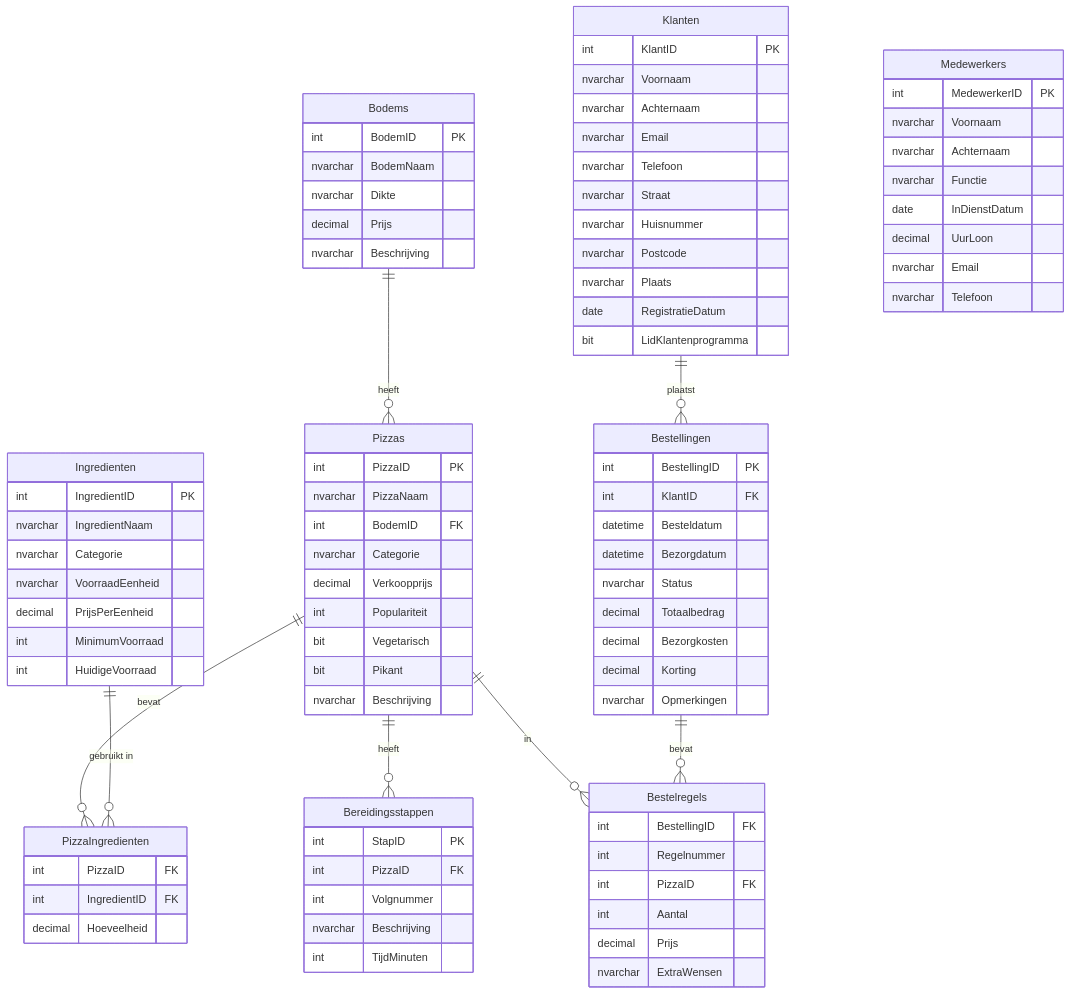
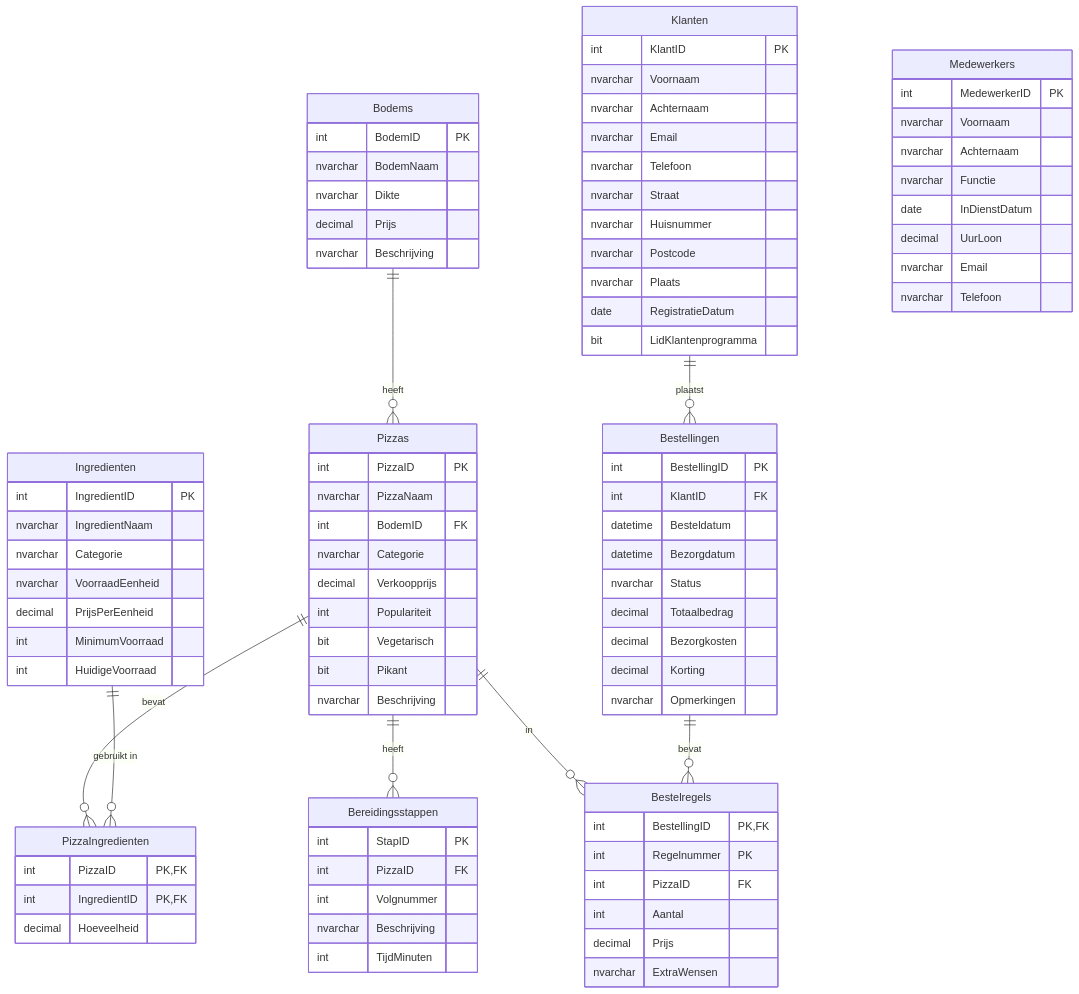
One commit to ZuydUniversity/KSE changed the diagram in voorbeeld-database/README.md. Above: the diagram before and after it, drawn with Mermaid.

Commit message:
Update ERD to specify primary and foreign keys for PizzaIngredienten and Bestelregels tables

```diff
--- a/voorbeeld-database/README.md
+++ b/voorbeeld-database/README.md
@@ -49,8 +49,8 @@
     }
 
     PizzaIngredienten {
-        int PizzaID FK
-        int IngredientID FK
+        int PizzaID PK,FK
+        int IngredientID PK,FK
         decimal Hoeveelheid
     }
 
@@ -89,8 +89,8 @@
     }
 
     Bestelregels {
-        int BestellingID FK
-        int Regelnummer
+        int BestellingID PK,FK
+        int Regelnummer PK
         int PizzaID FK
         int Aantal
         decimal Prijs
```
